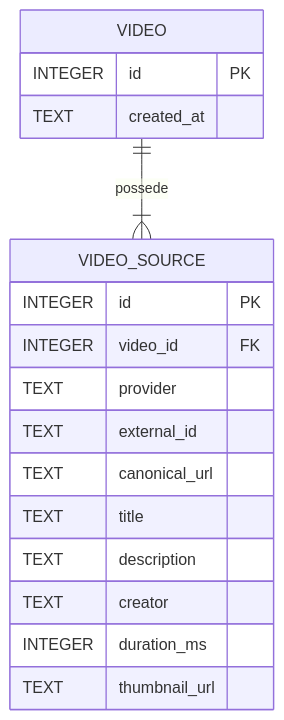
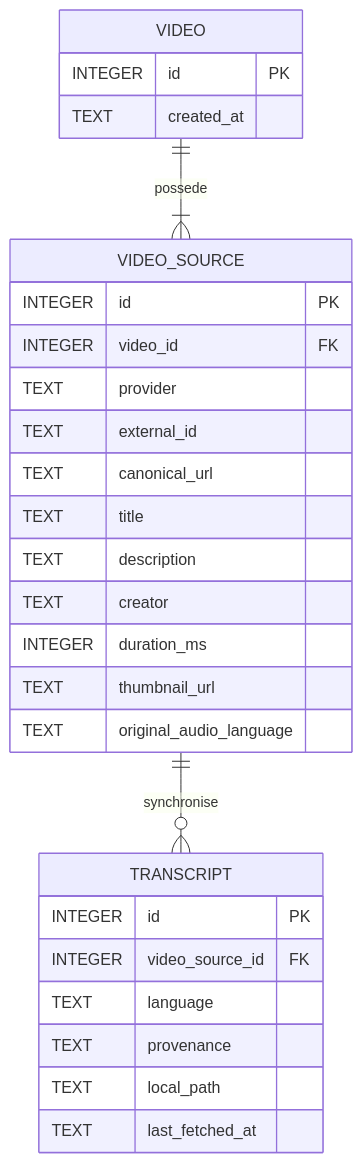
The first of 2 diagrams in README.md (patrickbrouhard/sillage), drawn with Mermaid before and after one commit. The commit also changed other lines of this file and 16 other files, not shown here.

````diff
--- a/README.md
+++ b/README.md
@@ -103,22 +108,33 @@
 ```mermaid
 erDiagram
     VIDEO ||--|{ VIDEO_SOURCE : possede
+    VIDEO_SOURCE ||--o{ TRANSCRIPT : synchronise
 
     VIDEO {
         INTEGER id PK
         TEXT created_at
     }
 
     VIDEO_SOURCE {
         INTEGER id PK
         INTEGER video_id FK
         TEXT provider
         TEXT external_id
         TEXT canonical_url
         TEXT title
         TEXT description
         TEXT creator
         INTEGER duration_ms
         TEXT thumbnail_url
+        TEXT original_audio_language
+    }
+
+    TRANSCRIPT {
+        INTEGER id PK
+        INTEGER video_source_id FK
+        TEXT language
+        TEXT provenance
+        TEXT local_path
+        TEXT last_fetched_at
     }
 ```
````
